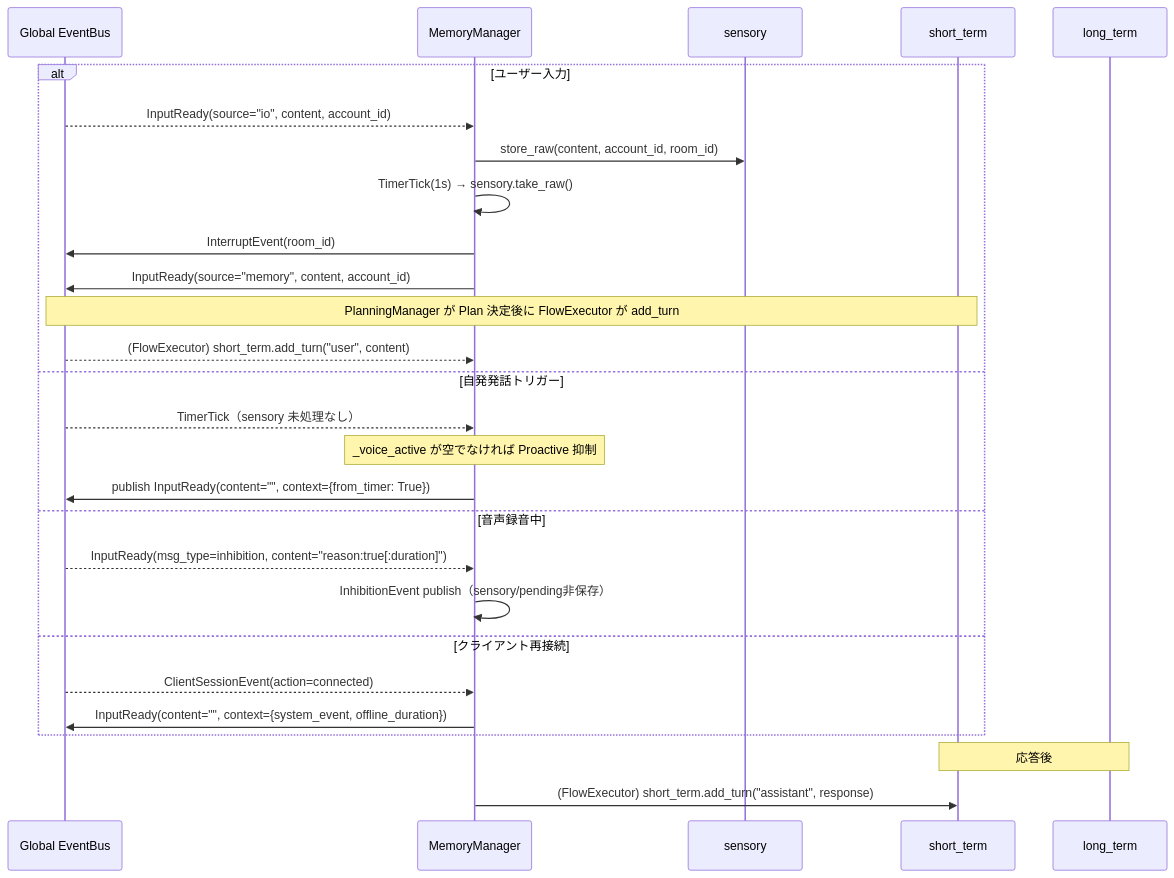
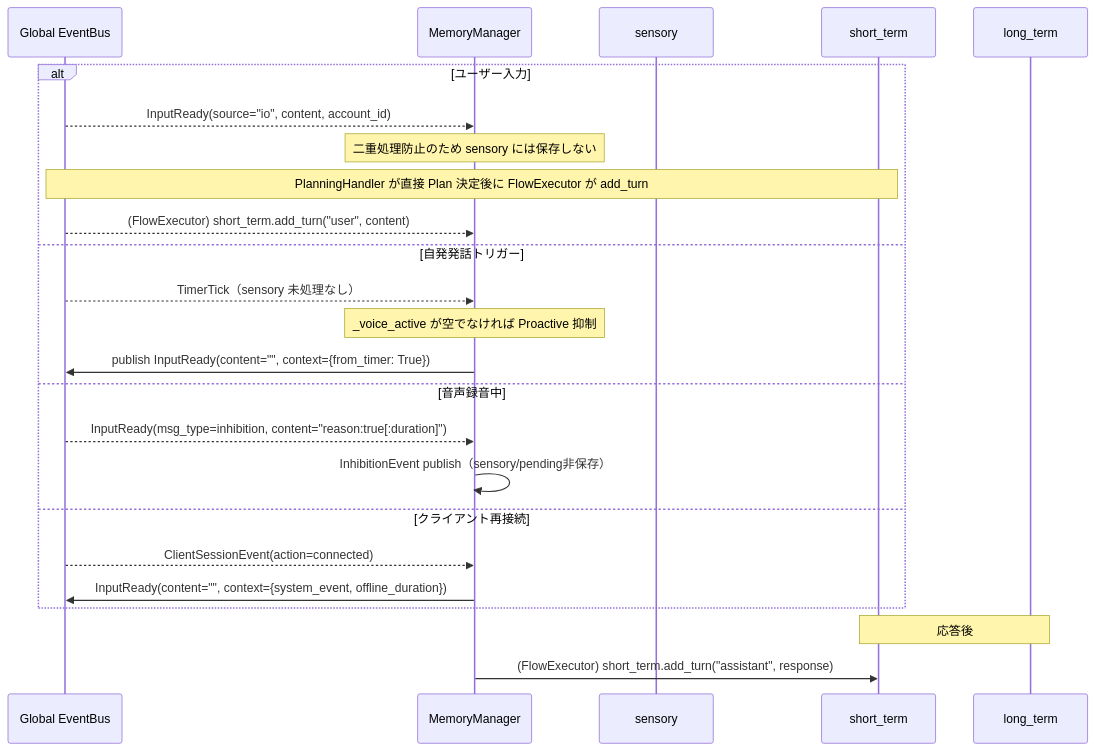
One commit to ibukani/iris-mind changed the diagram in docs/memory-layer.md. Above: the diagram before and after it, drawn with Mermaid. The commit also changed other lines of this file and 3 other files, not shown here.

````diff
--- a/docs/memory-layer.md
+++ b/docs/memory-layer.md
@@ -187,32 +187,28 @@
 ```mermaid
 sequenceDiagram
     participant EB as Global EventBus
     participant MGR as MemoryManager
     participant SEN as sensory
     participant STM as short_term
     participant LTM as long_term
 
     alt ユーザー入力
         EB-->>MGR: InputReady(source="io", content, account_id)
-        MGR->>SEN: store_raw(content, account_id, room_id)
-        MGR->>MGR: TimerTick(1s) → sensory.take_raw()
-        MGR->>EB: InterruptEvent(room_id)
-        MGR->>EB: InputReady(source="memory", content, account_id)
-
-        Note over EB,STM: PlanningManager が Plan 決定後に FlowExecutor が add_turn
+        Note over MGR: 二重処理防止のため sensory には保存しない
+        Note over EB,STM: PlanningHandler が直接 Plan 決定後に FlowExecutor が add_turn
         EB-->>MGR: (FlowExecutor) short_term.add_turn("user", content)
     else 自発発話トリガー
         EB-->>MGR: TimerTick（sensory 未処理なし）
         Note over MGR: _voice_active が空でなければ Proactive 抑制
         MGR->>EB: publish InputReady(content="", context={from_timer: True})
     else 音声録音中
         EB-->>MGR: InputReady(msg_type=inhibition, content="reason:true[:duration]")
         MGR->>MGR: InhibitionEvent publish（sensory/pending非保存）
     else クライアント再接続
         EB-->>MGR: ClientSessionEvent(action=connected)
         MGR->>EB: InputReady(content="", context={system_event, offline_duration})
     end
 
     Note over STM,LTM: 応答後
     MGR->>STM: (FlowExecutor) short_term.add_turn("assistant", response)
 ```
````
